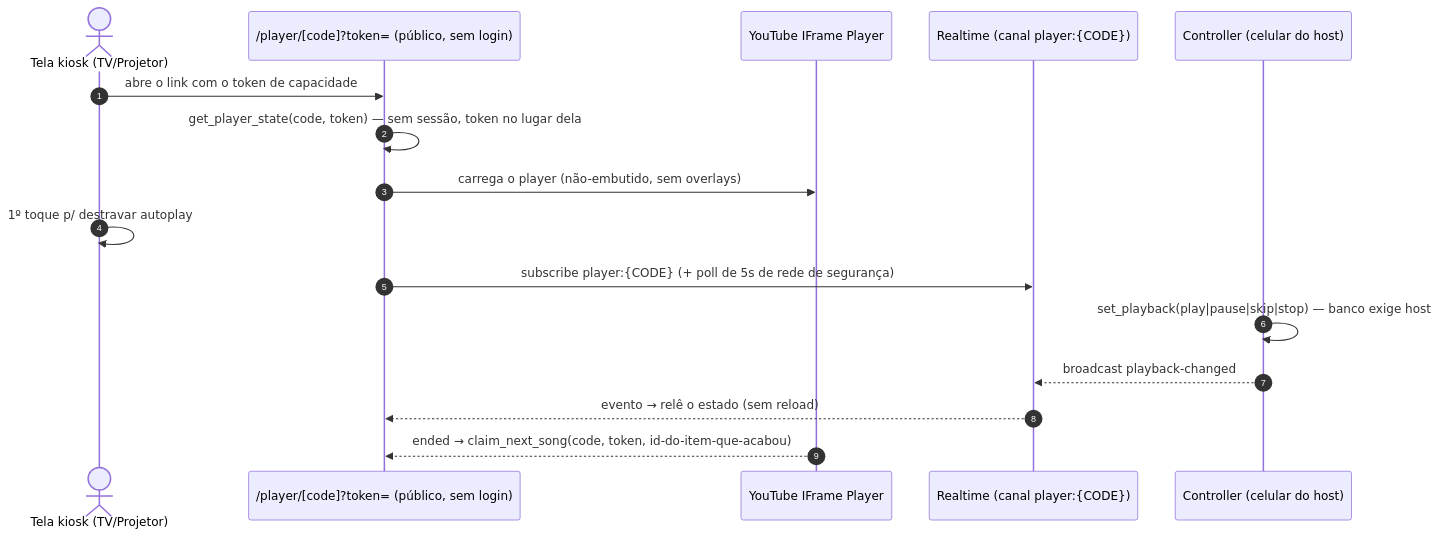
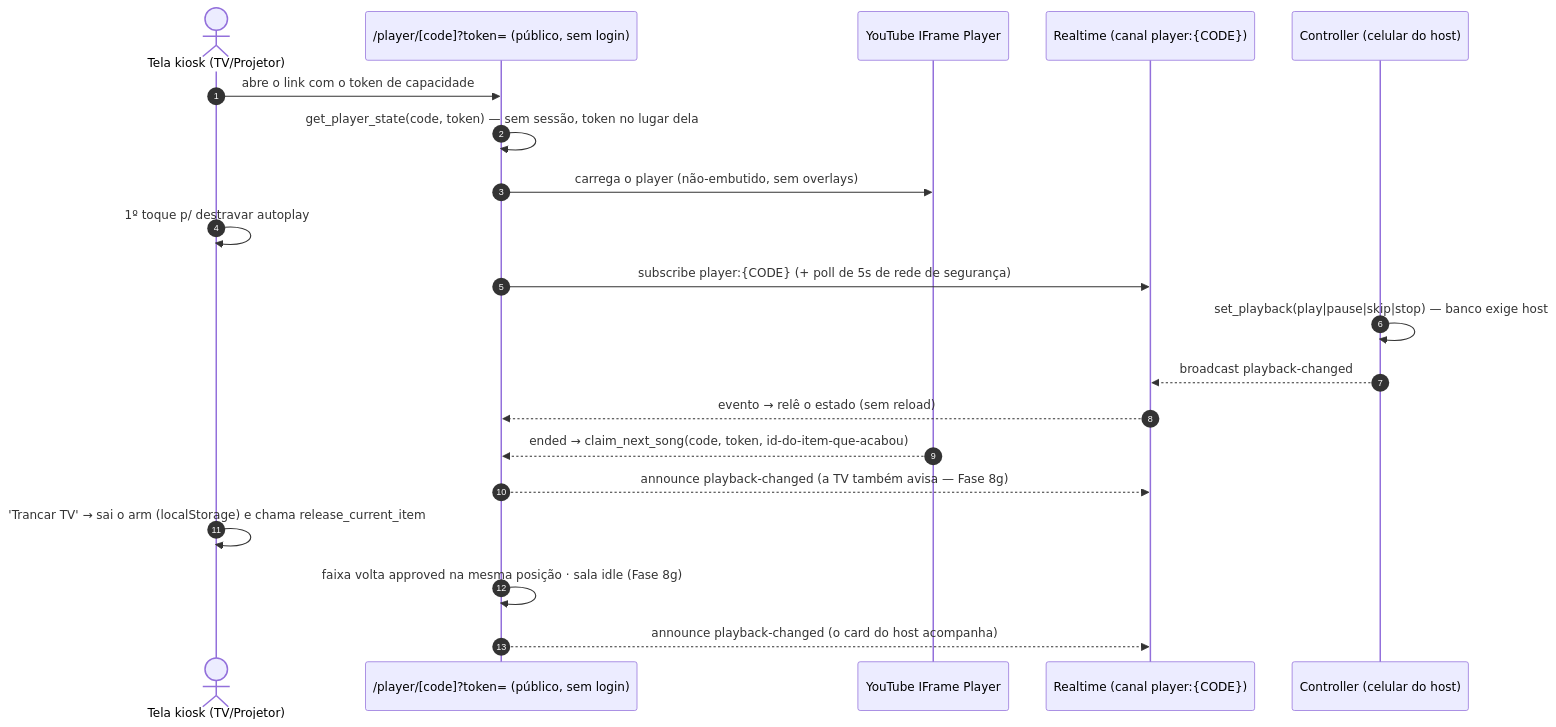
Diagram 17 of 19 in docs/flows/fluxos-do-sistema.md (cavalcanteprofissional/karaoke-flow), drawn with Mermaid before and after one commit. The commit also changed other lines of this file and 3 other files, not shown here.

Commit message:
docs: 8g (trancar TV -> release, busca ao vivo) e 8f (cadeia+policy YouTube por bar)

````diff
--- a/docs/flows/fluxos-do-sistema.md
+++ b/docs/flows/fluxos-do-sistema.md
@@ -442,19 +468,23 @@
 ```mermaid
 sequenceDiagram
     autonumber
     actor T as Tela kiosk (TV/Projetor)
     participant P as /player/[code]?token= (público, sem login)
     participant YT as YouTube IFrame Player
     participant RT as Realtime (canal player:{CODE})
     participant C as Controller (celular do host)
 
     T->>P: abre o link com o token de capacidade
     P->>P: get_player_state(code, token) — sem sessão, token no lugar dela
     P->>YT: carrega o player (não-embutido, sem overlays)
     T->>T: 1º toque p/ destravar autoplay
     P->>RT: subscribe player:{CODE} (+ poll de 5s de rede de segurança)
     C->>C: set_playback(play|pause|skip|stop) — banco exige host
     C-->>RT: broadcast playback-changed
     RT-->>P: evento → relê o estado (sem reload)
     YT-->>P: ended → claim_next_song(code, token, id-do-item-que-acabou)
+    P-->>RT: announce playback-changed (a TV também avisa — Fase 8g)
+    T->>T: 'Trancar TV' → sai o arm (localStorage) e chama release_current_item
+    P->>P: faixa volta approved na mesma posição · sala idle (Fase 8g)
+    P-->>RT: announce playback-changed (o card do host acompanha)
 ```
````
